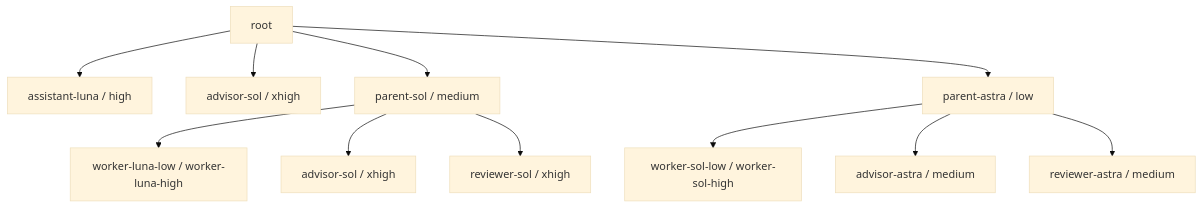
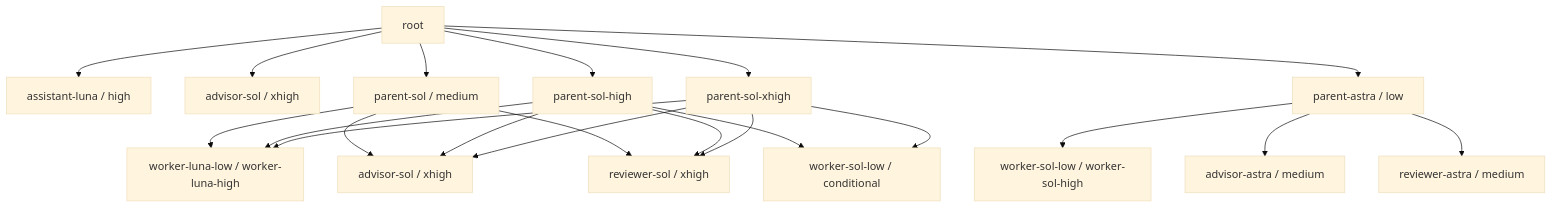
The diagram in docs/codex-subagents.md (unagi/dotfiles), drawn with Mermaid (base theme) before and after one commit. The commit also changed other lines of this file and 12 other files, not shown here.

First line of the commit message:
feat(codex): add Sol high and xhigh parent tiers

````diff
--- a/docs/codex-subagents.md
+++ b/docs/codex-subagents.md
@@ -33,13 +34,23 @@
 ```mermaid
 flowchart TD
   root --> Assistant[assistant-luna / high]
   root --> rootAdvisor[advisor-sol / xhigh]
   root --> Sol[parent-sol / medium]
+  root --> SolH[parent-sol-high]
+  root --> SolX[parent-sol-xhigh]
   root --> Astra[parent-astra / low]
   Sol --> Luna["worker-luna-low / worker-luna-high"]
+  SolH --> Luna
+  SolH --> WorkerSolLow[worker-sol-low / conditional]
+  SolX --> Luna
+  SolX --> WorkerSolLow
   Sol --> SA[advisor-sol / xhigh]
+  SolH --> SA
+  SolX --> SA
   Sol --> SR[reviewer-sol / xhigh]
+  SolH --> SR
+  SolX --> SR
   Astra --> WorkerSol["worker-sol-low / worker-sol-high"]
   Astra --> AA[advisor-astra / medium]
   Astra --> AR[reviewer-astra / medium]
 ```
````
